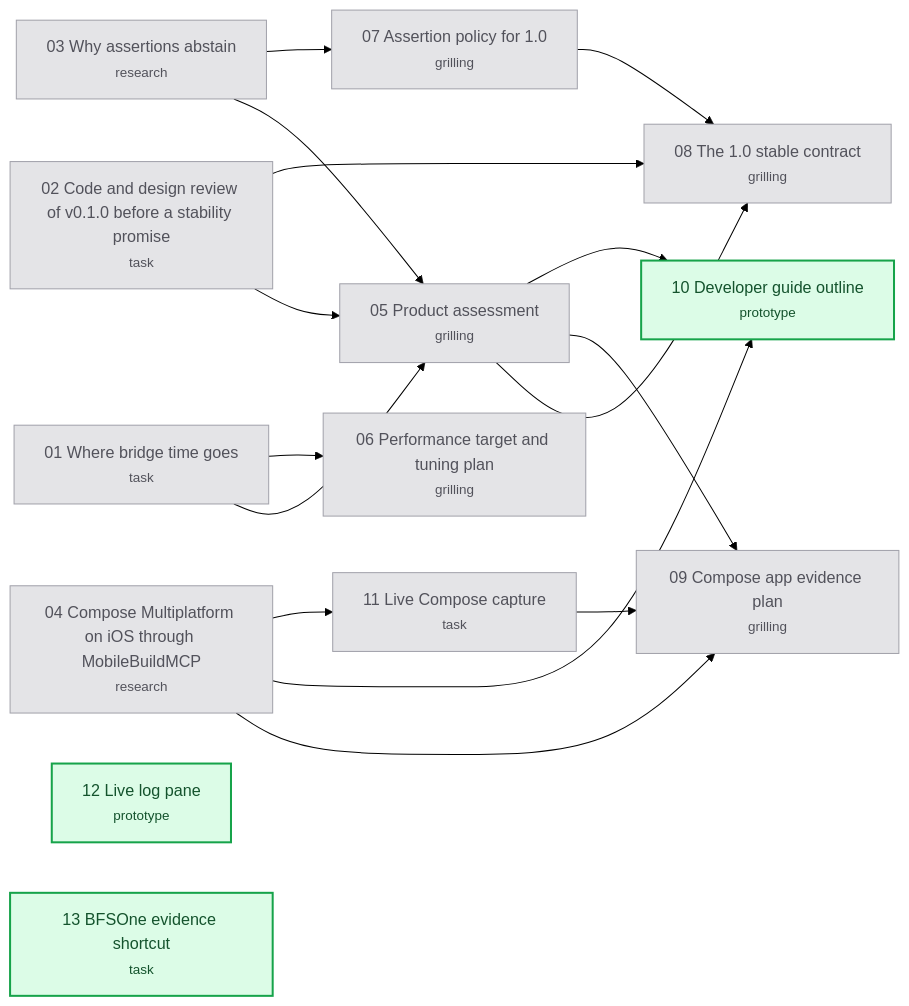
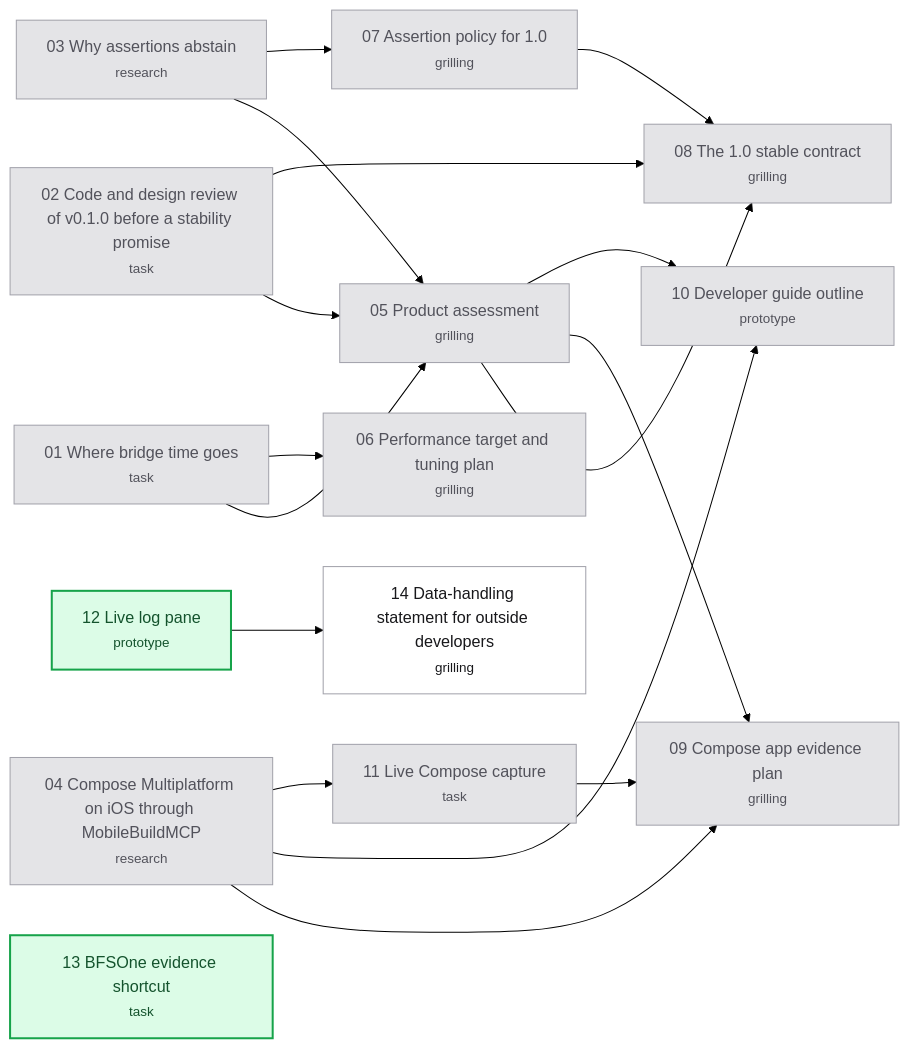
The diagram in .scratch/v1-release/map.md (hugues-vnsgn/jev-ios-bridge), drawn with Mermaid (forest theme) before and after one commit. The commit also changed other lines of this file and 3 other files, not shown here.

````diff
--- a/.scratch/v1-release/map.md
+++ b/.scratch/v1-release/map.md
@@ -47,36 +48,39 @@
 ```mermaid
 flowchart LR
     T01["01 Where bridge time goes<br/><small>task</small>"]
     T02["02 Code and design review of v0.1.0 before a stability promise<br/><small>task</small>"]
     T03["03 Why assertions abstain<br/><small>research</small>"]
     T04["04 Compose Multiplatform on iOS through MobileBuildMCP<br/><small>research</small>"]
     T05["05 Product assessment<br/><small>grilling</small>"]
     T06["06 Performance target and tuning plan<br/><small>grilling</small>"]
     T07["07 Assertion policy for 1.0<br/><small>grilling</small>"]
     T08["08 The 1.0 stable contract<br/><small>grilling</small>"]
     T09["09 Compose app evidence plan<br/><small>grilling</small>"]
     T10["10 Developer guide outline<br/><small>prototype</small>"]
     T11["11 Live Compose capture<br/><small>task</small>"]
     T12["12 Live log pane<br/><small>prototype</small>"]
     T13["13 BFSOne evidence shortcut<br/><small>task</small>"]
+    T14["14 Data-handling statement for outside developers<br/><small>grilling</small>"]
     T01 --> T05
     T02 --> T05
     T03 --> T05
     T01 --> T06
     T03 --> T07
     T02 --> T08
     T05 --> T08
     T07 --> T08
     T04 --> T09
     T05 --> T09
     T11 --> T09
     T04 --> T10
     T05 --> T10
     T04 --> T11
+    T12 --> T14
     classDef resolved fill:#e4e4e7,stroke:#a1a1aa,color:#52525b
     classDef claimed fill:#dbeafe,stroke:#2563eb,color:#1e3a8a
     classDef frontier fill:#dcfce7,stroke:#16a34a,color:#14532d,stroke-width:2px
     classDef blocked fill:#ffffff,stroke:#a1a1aa,color:#18181b
-    class T01,T02,T03,T04,T05,T06,T07,T08,T09,T11 resolved
-    class T10,T12,T13 frontier
+    class T01,T02,T03,T04,T05,T06,T07,T08,T09,T10,T11 resolved
+    class T12,T13 frontier
+    class T14 blocked
 ```
````
